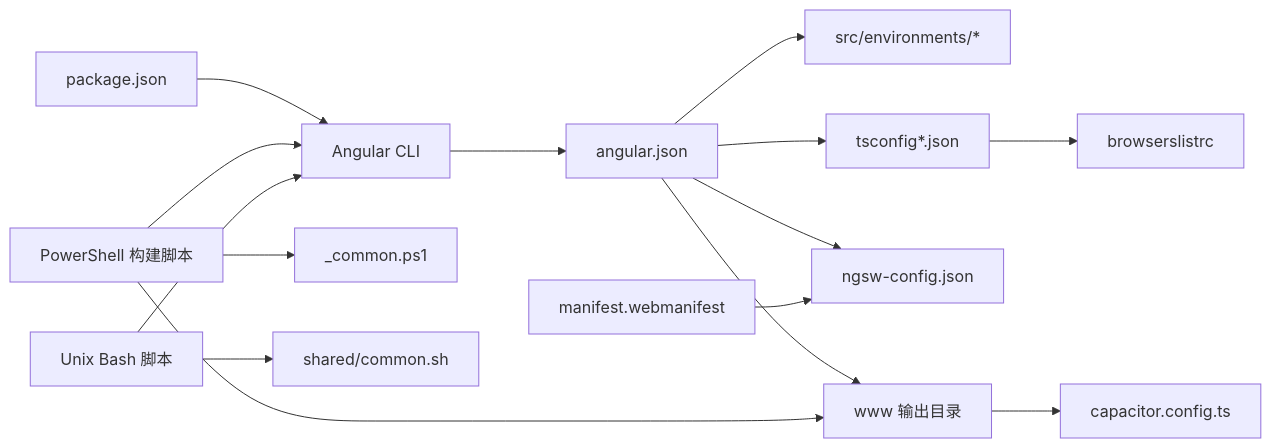
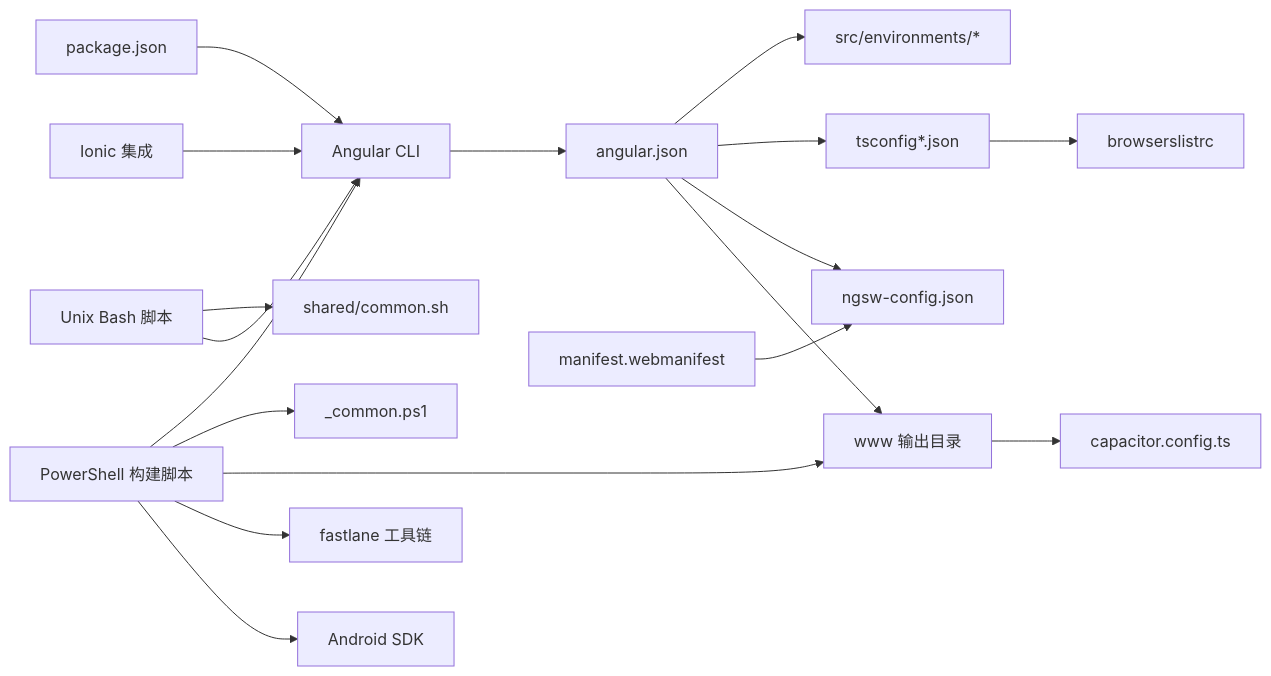
Before and after one commit to tea4go/Macro-Deck-Client-App: the fourth of 4 diagrams in .qoder/repowiki/zh/content/构建与部署/构建配置.md, drawn with Mermaid. The commit also changed other lines of this file and 15 other files, not shown here.

````diff
--- a/.qoder/repowiki/zh/content/构建与部署/构建配置.md
+++ b/.qoder/repowiki/zh/content/构建与部署/构建配置.md
@@ -440,17 +439,20 @@
 ```mermaid
 graph LR
 P["package.json"] --> CLI["Angular CLI"]
 CLI --> CFG["angular.json"]
 CFG --> ENV["src/environments/*"]
 CFG --> TS["tsconfig*.json"]
 TS --> BROWS["browserslistrc"]
 CFG --> SW["ngsw-config.json"]
 CFG --> WWW["www 输出目录"]
 WWW --> CAP["capacitor.config.ts"]
 PS["PowerShell 构建脚本"] --> CLI
 PS --> COMMON["_common.ps1"]
 PS --> WWW
+PS --> FASTLANE["fastlane 工具链"]
+PS --> ANDROID["Android SDK"]
 UNIX["Unix Bash 脚本"] --> COMMON2["shared/common.sh"]
 UNIX --> CLI
 MAN["manifest.webmanifest"] --> SW
+IONIC["Ionic 集成"] --> CLI
 ```
````
